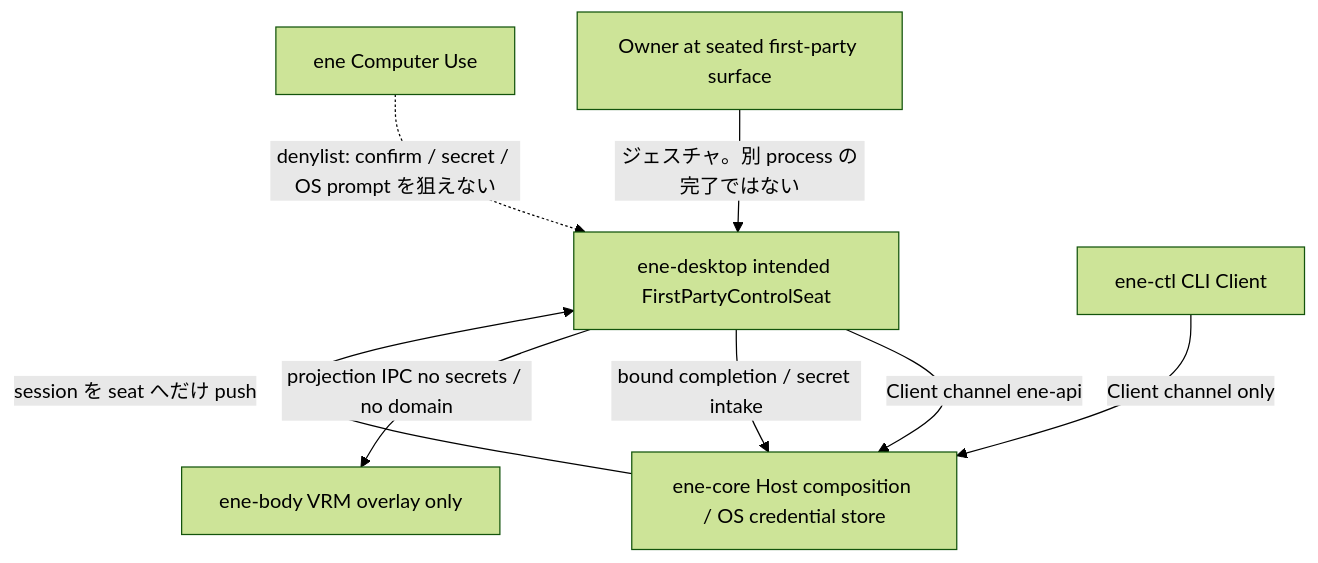
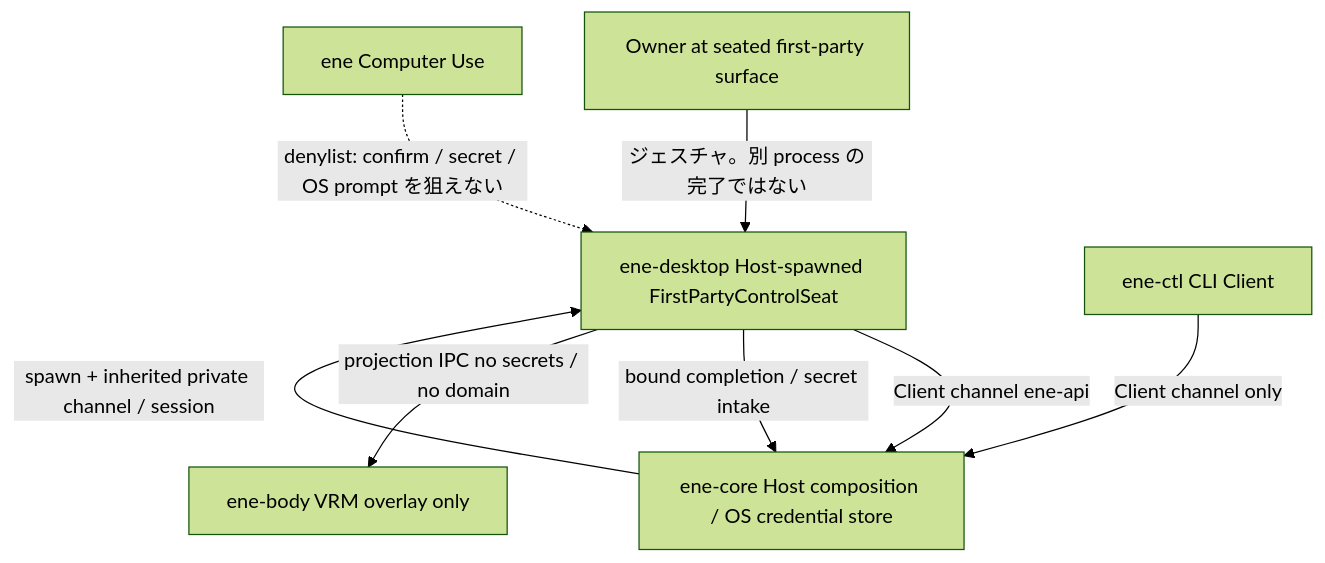
One commit to pexisgle/ene changed the first of 2 diagrams in docs/design/concrete/first-party-desktop.md. Above: the diagram before and after it, drawn with Mermaid (forest theme). The commit also changed other lines of this file and 9 other files, not shown here.

````diff
--- a/docs/design/concrete/first-party-desktop.md
+++ b/docs/design/concrete/first-party-desktop.md
@@ -36,17 +36,17 @@
 ```mermaid
 flowchart TB
   owner[Owner at seated first-party surface]
-  desktop["ene-desktop intended FirstPartyControlSeat"]
+  desktop["ene-desktop Host-spawned FirstPartyControlSeat"]
   body["ene-body VRM overlay only"]
   host["ene-core Host composition / OS credential store"]
   ctl["ene-ctl CLI Client"]
   cu[ene Computer Use]
 
   owner -->|"ジェスチャ。別 process の完了ではない"| desktop
   desktop -->|"Client channel ene-api"| host
   desktop -->|"bound completion / secret intake"| host
-  host -->|"session を seat へだけ push"| desktop
+  host -->|"spawn + inherited private channel / session"| desktop
   cu -.->|"denylist: confirm / secret / OS prompt を狙えない"| desktop
   desktop -->|"projection IPC no secrets / no domain"| body
   ctl -->|"Client channel only"| host
 ```
````
